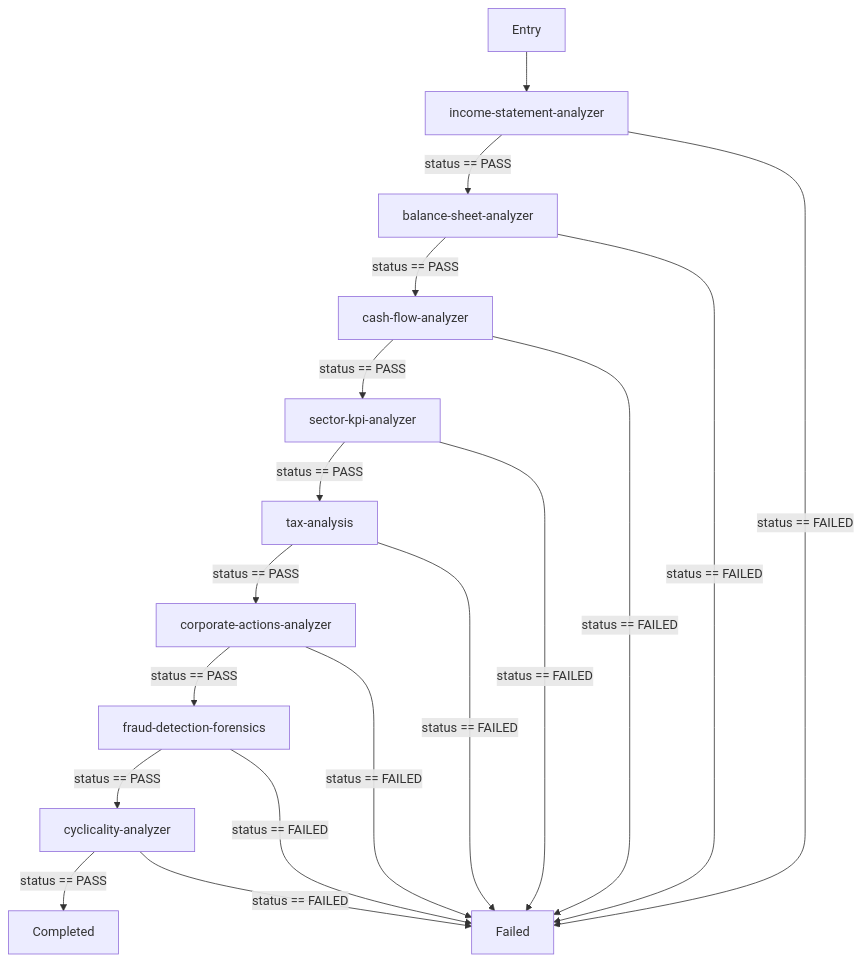
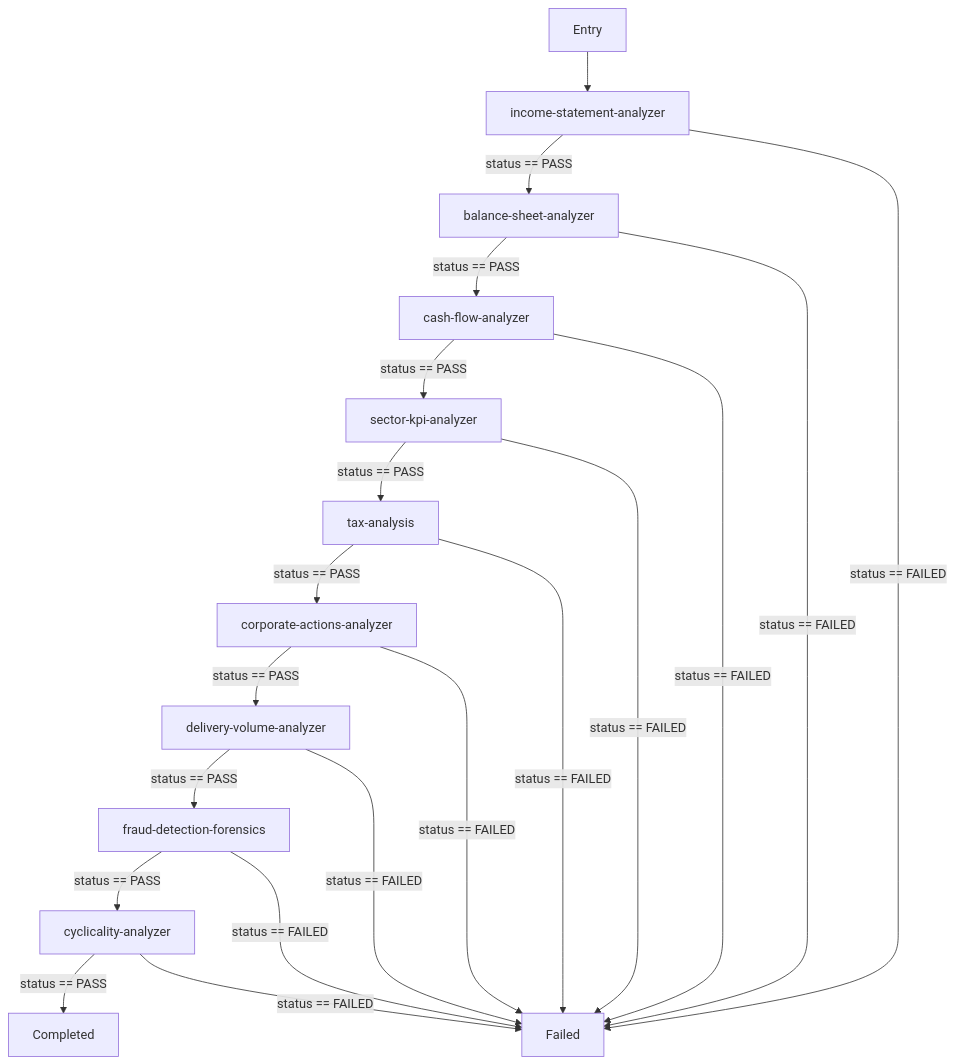
Before and after one commit to rkuma238/soic-stockscans-skills: the diagram in skills/normal-company-pipeline/SKILL.md, drawn with Mermaid. The commit also changed other lines of this file and 3 other files, not shown here.

Commit message:
feat(skills): upgrade fraud-detection-forensics v3.4.0, forensic-analyzer v3.5.0, normal-company-pipeline v3.1.0, and soic-stockscans-fetcher v3.1.0 with SOIC deep forensic audit rules

````diff
--- a/skills/normal-company-pipeline/SKILL.md
+++ b/skills/normal-company-pipeline/SKILL.md
@@ -38,27 +41,30 @@
 ```mermaid
 graph TD
   Entry --> income-statement-analyzer
   income-statement-analyzer -->|status == PASS| balance-sheet-analyzer
   income-statement-analyzer -->|status == FAILED| Failed
 
   balance-sheet-analyzer -->|status == PASS| cash-flow-analyzer
   balance-sheet-analyzer -->|status == FAILED| Failed
 
   cash-flow-analyzer -->|status == PASS| sector-kpi-analyzer
   cash-flow-analyzer -->|status == FAILED| Failed
 
   sector-kpi-analyzer -->|status == PASS| tax-analysis
   sector-kpi-analyzer -->|status == FAILED| Failed
 
   tax-analysis -->|status == PASS| corporate-actions-analyzer
   tax-analysis -->|status == FAILED| Failed
 
-  corporate-actions-analyzer -->|status == PASS| fraud-detection-forensics
+  corporate-actions-analyzer -->|status == PASS| delivery-volume-analyzer
   corporate-actions-analyzer -->|status == FAILED| Failed
+
+  delivery-volume-analyzer -->|status == PASS| fraud-detection-forensics
+  delivery-volume-analyzer -->|status == FAILED| Failed
 
   fraud-detection-forensics -->|status == PASS| cyclicality-analyzer
   fraud-detection-forensics -->|status == FAILED| Failed
 
   cyclicality-analyzer -->|status == PASS| Completed
   cyclicality-analyzer -->|status == FAILED| Failed
 ```
````
